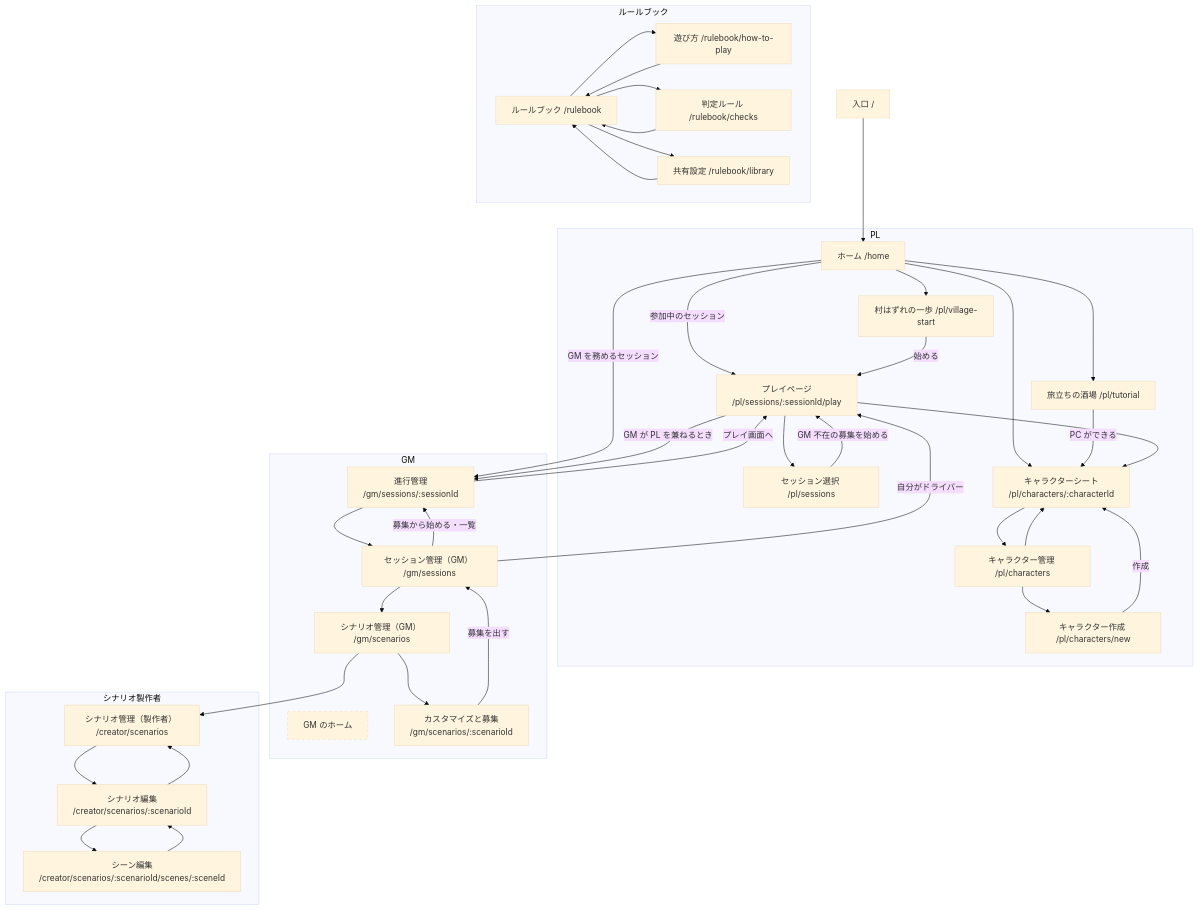
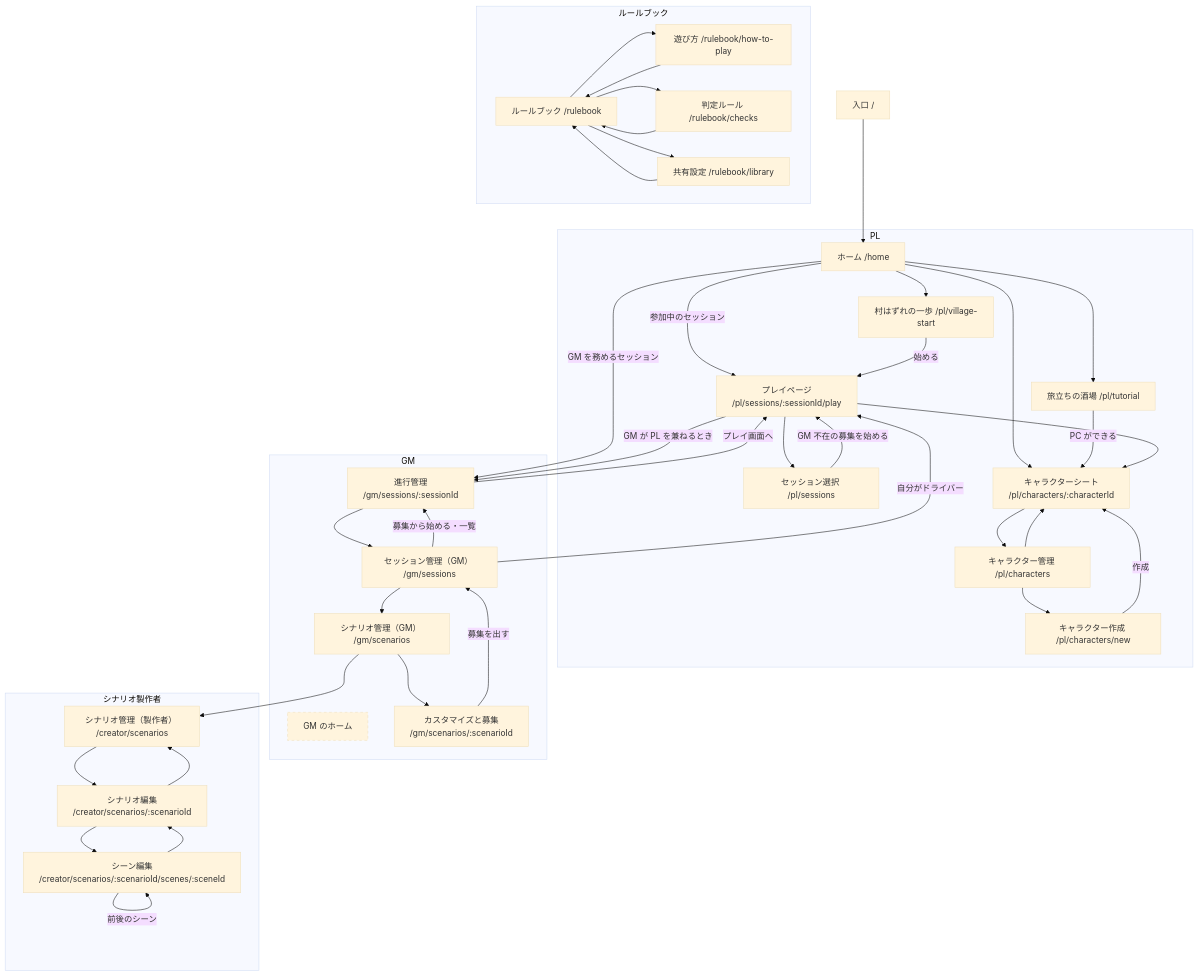
One commit to hibohiboo/CarTaGraphFantasy changed the diagram in docs/screens/index.md. Above: the diagram before and after it, drawn with Mermaid (base theme). The commit also changed other lines of this file and 5 other files, not shown here.

````diff
--- a/docs/screens/index.md
+++ b/docs/screens/index.md
@@ -13,66 +13,67 @@
 ```mermaid
 flowchart TB
   entrance["入口 /"] --> home
 
   subgraph PL["PL"]
     home["ホーム /home"]
     tutorial["旅立ちの酒場 /pl/tutorial"]
     village["村はずれの一歩 /pl/village-start"]
     browse["セッション選択 /pl/sessions"]
     play["プレイページ<br/>/pl/sessions/:sessionId/play"]
     charList["キャラクター管理 /pl/characters"]
     charNew["キャラクター作成 /pl/characters/new"]
     charSheet["キャラクターシート<br/>/pl/characters/:characterId"]
   end
 
   subgraph GM["GM"]
     gmHome["GM のホーム"]:::missing
     gmScenarios["シナリオ管理（GM） /gm/scenarios"]
     gmScenario["カスタマイズと募集<br/>/gm/scenarios/:scenarioId"]
     gmSessions["セッション管理（GM） /gm/sessions"]
     gmSession["進行管理<br/>/gm/sessions/:sessionId"]
   end
 
   subgraph CR["シナリオ製作者"]
     crList["シナリオ管理（製作者） /creator/scenarios"]
     crEdit["シナリオ編集<br/>/creator/scenarios/:scenarioId"]
     crScene["シーン編集<br/>/creator/scenarios/:scenarioId/scenes/:sceneId"]
   end
 
   subgraph RB["ルールブック"]
     rbToc["ルールブック /rulebook"]
     rbHow["遊び方 /rulebook/how-to-play"]
     rbChecks["判定ルール /rulebook/checks"]
     rbLib["共有設定 /rulebook/library"]
   end
 
   home --> tutorial & village & charSheet
   home -->|参加中のセッション| play
   home -->|GM を務めるセッション| gmSession
   tutorial -->|PC ができる| charSheet
   village -->|始める| play
   browse -->|GM 不在の募集を始める| play
   charList --> charNew & charSheet
   charNew -->|作成| charSheet
   charSheet --> charList
   play --> charSheet & browse
   play -->|GM が PL を兼ねるとき| gmSession
 
   gmScenarios --> gmScenario
   gmScenarios --> crList
   gmScenario -->|募集を出す| gmSessions
   gmSessions --> gmScenarios
   gmSessions -->|募集から始める・一覧| gmSession
   gmSessions -->|自分がドライバー| play
   gmSession --> gmSessions
   gmSession -->|プレイ画面へ| play
 
   crList --> crEdit
   crEdit --> crScene & crList
   crScene --> crEdit
+  crScene -->|前後のシーン| crScene
 
   rbToc --> rbHow & rbChecks & rbLib
   rbHow & rbChecks & rbLib --> rbToc
 
   classDef missing stroke-dasharray: 5 5
 ```
````
